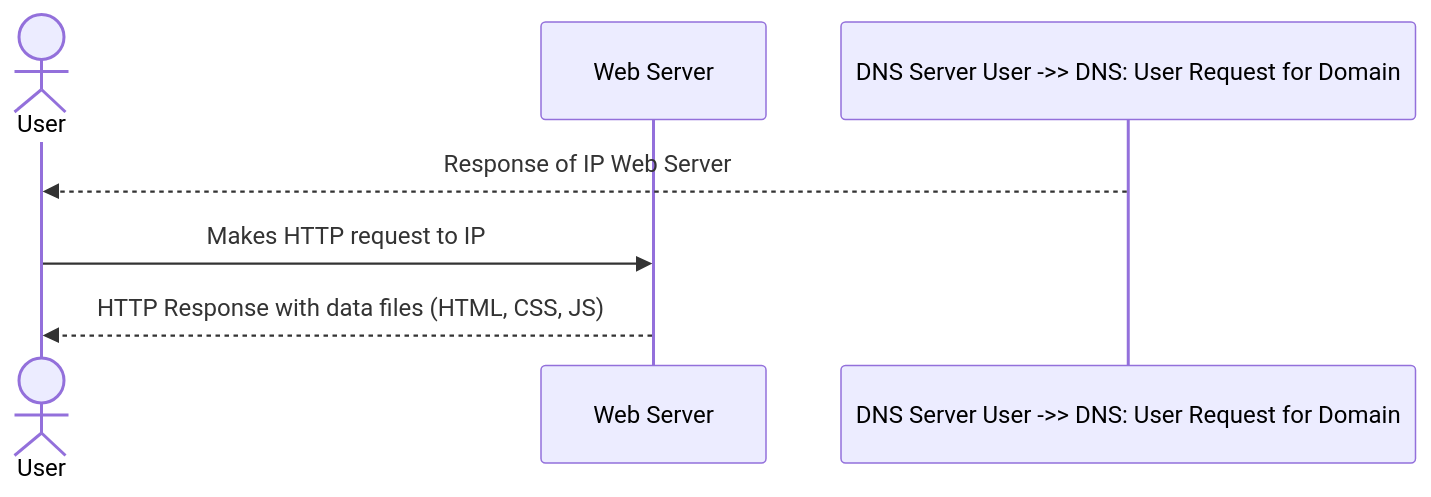
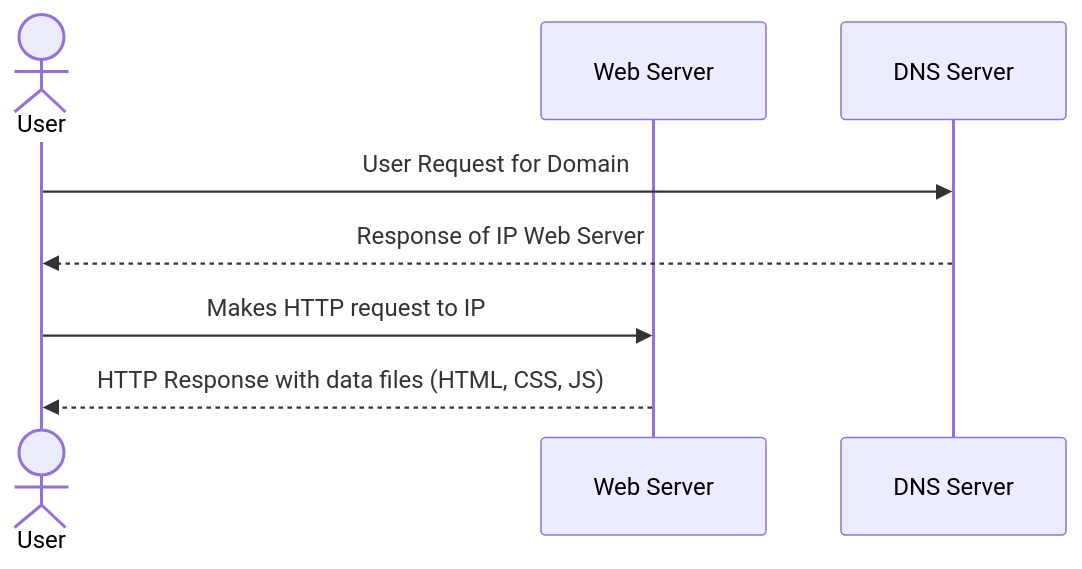
Before and after one commit to CoderAcademy-DEV-MERN-Group/DEV1003-Assessment01: the first of 8 diagrams in Client-Server Architecture.md, drawn with Mermaid. The commit also changed other lines of this file and 1 other file, not shown here.

````diff
--- a/Client-Server Architecture.md
+++ b/Client-Server Architecture.md
@@ -9,9 +9,10 @@
 ```mermaid
 sequenceDiagram
   actor User as User
   participant WS as Web Server
-  participant DNS as DNS Server  User ->> DNS: User Request for Domain
+  participant DNS as DNS Server  
+  User ->> DNS: User Request for Domain
   DNS -->> User: Response of IP Web Server
   User ->> WS: Makes HTTP request to IP
   WS -->> User: HTTP Response with data files (HTML, CSS, JS)
 ```
````
